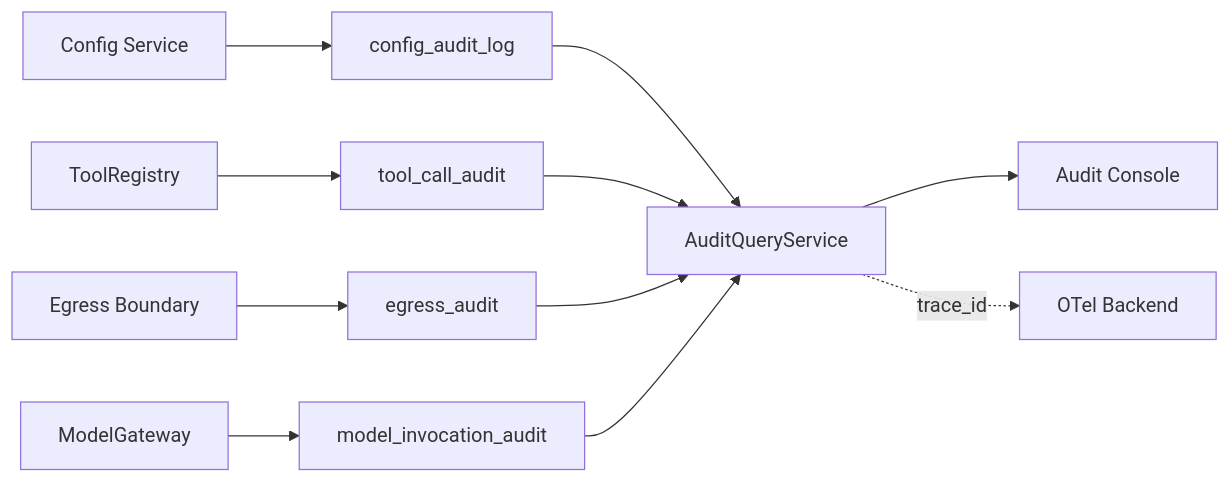
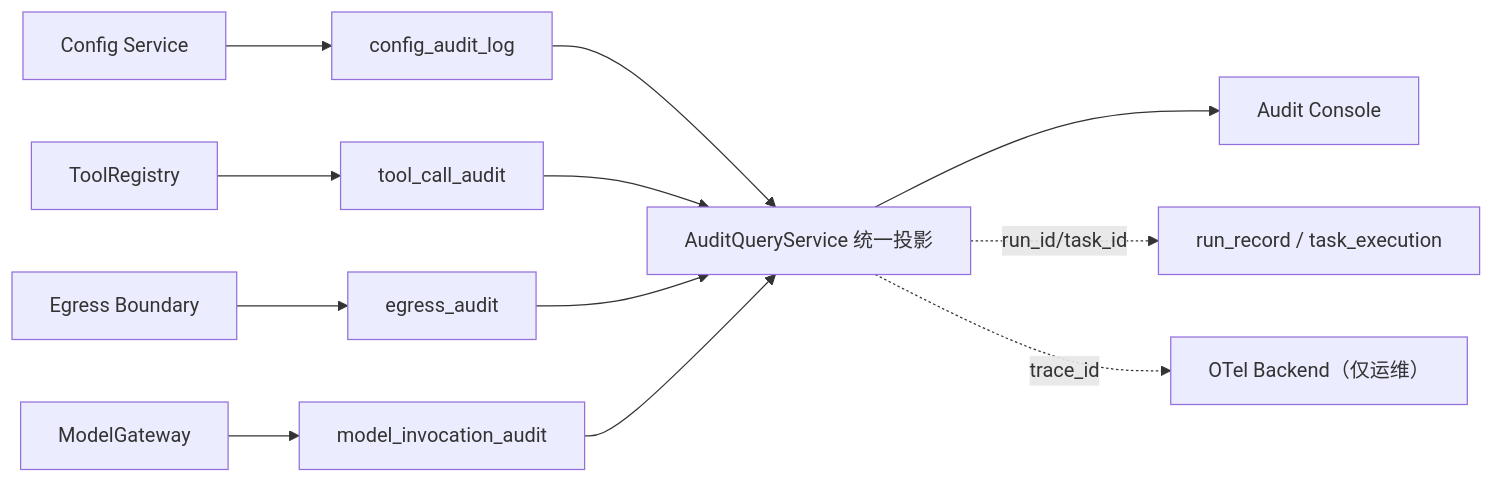
Before and after one commit to Michaelxwb/fluxion-harness: the first of 2 diagrams in .code-flow/tasks/2026-09-17/11-audit-observability/11-audit-observability.backend.design.md, drawn with Mermaid. The commit also changed other lines of this file and 33 other files, not shown here.

````diff
--- a/.code-flow/tasks/2026-09-17/11-audit-observability/11-audit-observability.backend.design.md
+++ b/.code-flow/tasks/2026-09-17/11-audit-observability/11-audit-observability.backend.design.md
@@ -112,13 +145,14 @@
 ```mermaid
 flowchart LR
  CFG["Config Service"] --> A1["config_audit_log"]
  TOOL["ToolRegistry"] --> A2["tool_call_audit"]
  EGR["Egress Boundary"] --> A3["egress_audit"]
  MOD["ModelGateway"] --> A4["model_invocation_audit"]
- A1 --> Q["AuditQueryService"]
+ A1 --> Q["AuditQueryService 统一投影"]
  A2 --> Q
  A3 --> Q
  A4 --> Q
  Q --> UI["Audit Console"]
- Q -. trace_id .-> OTEL["OTel Backend"]
+ Q -.->|run_id/task_id| RT["run_record / task_execution"]
+ Q -.->|trace_id| OTEL["OTel Backend（仅运维）"]
 ```
````
